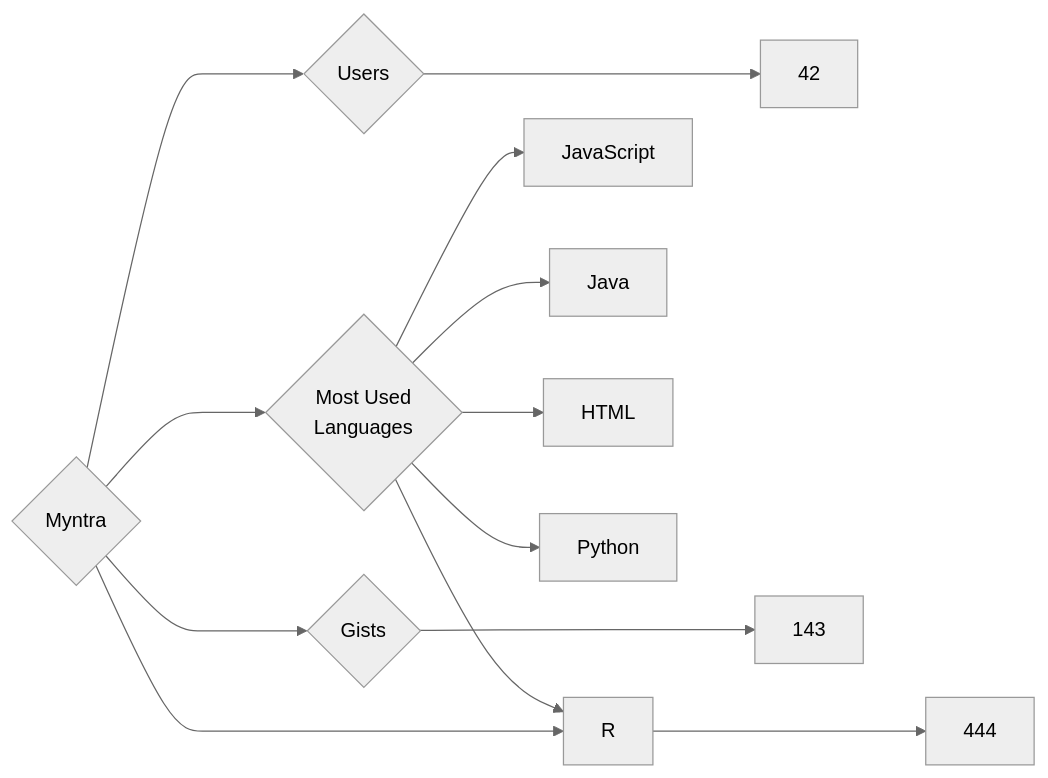
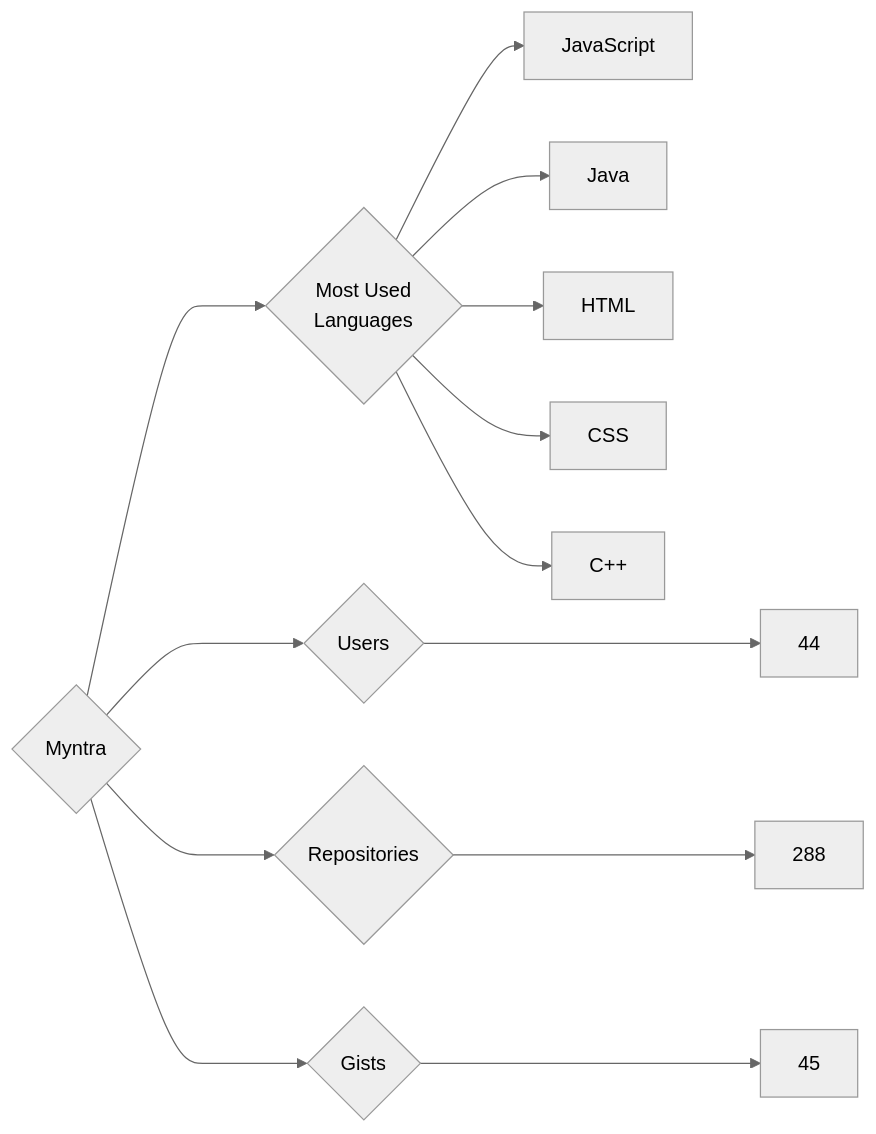
The diagram in targets/Myntra/README.md (trickest/insiders), drawn with Mermaid (neutral theme) before and after one commit. The commit also changed 970 other files, not shown here.

````diff
--- a/targets/Myntra/README.md
+++ b/targets/Myntra/README.md
@@ -3,13 +3,13 @@
 ```mermaid
 graph LR
 COMPANY_NAME{Myntra}
-COMPANY_NAME ---> U{Users} ---> UN[42]
-COMPANY_NAME ---> R{Repositories} ---> RN[444]
-COMPANY_NAME ---> G{Gists} ---> GN[143]
+COMPANY_NAME ---> U{Users} ---> UN[44]
+COMPANY_NAME ---> R{Repositories} ---> RN[288]
+COMPANY_NAME ---> G{Gists} ---> GN[45]
 COMPANY_NAME ---> ML{Most Used<br>Languages}
 ML --> JavaScript[JavaScript]
 ML --> Java[Java]
-ML --> R[R]
 ML --> HTML[HTML]
-ML --> Python[Python]
+ML --> CSS[CSS]
+ML --> C++[C++]
 ```
````
